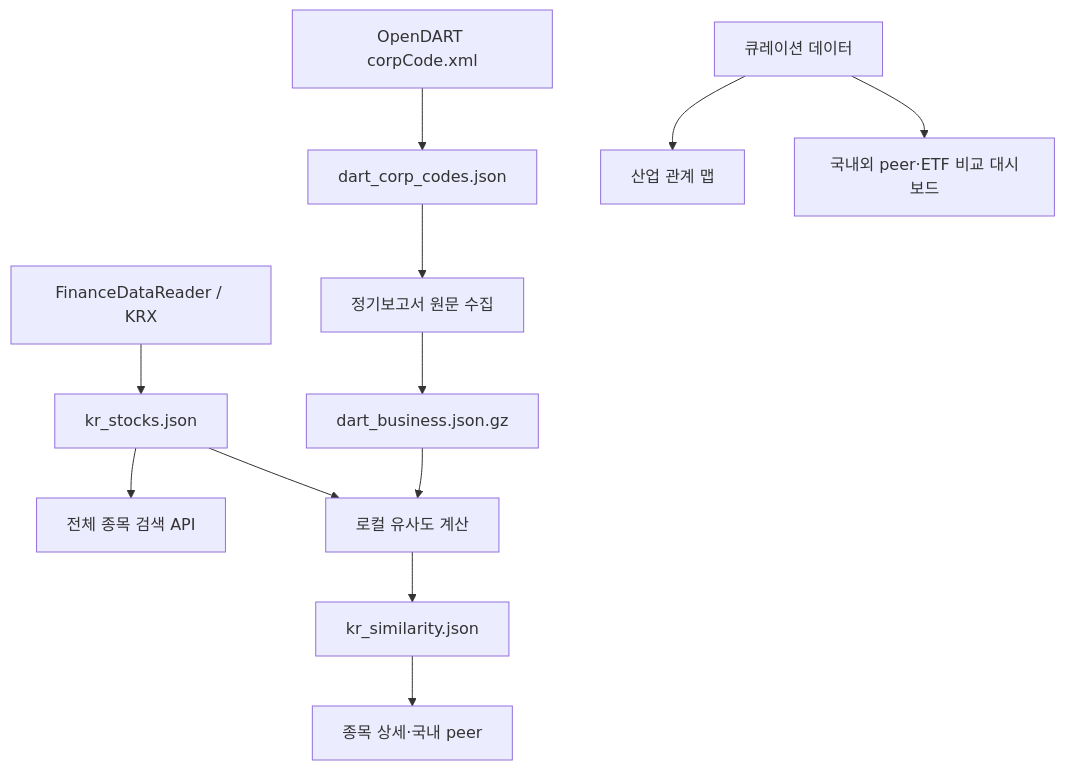
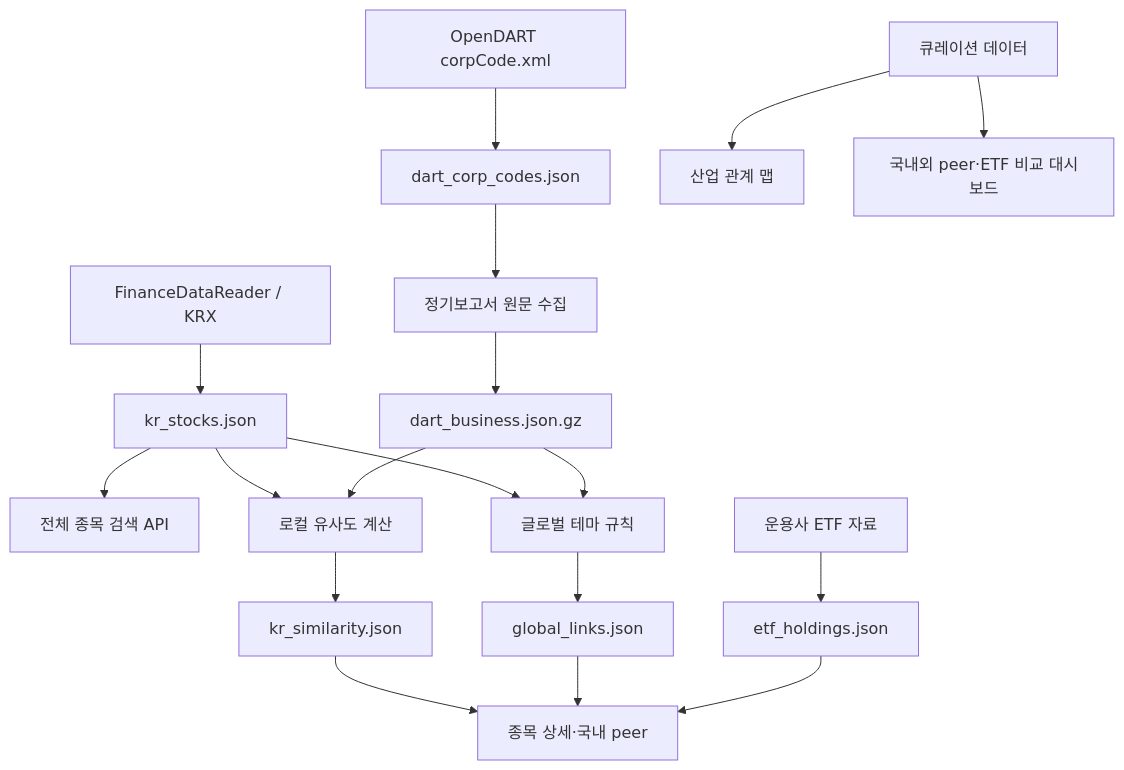
Before and after one commit to spark142857142857/BeforeBuy: the second of 2 diagrams in README.md, drawn with Mermaid. The commit also changed other lines of this file and 15 other files, not shown here.

Commit message:
feat: expand global peers and ETF holdings

````diff
--- a/README.md
+++ b/README.md
@@ -169,17 +198,24 @@
 ```mermaid
 flowchart TD
     KRX["FinanceDataReader / KRX"] --> MASTER["kr_stocks.json"]
     MASTER --> SEARCH["전체 종목 검색 API"]
     MASTER --> SCORE["로컬 유사도 계산"]
 
     DART_CODE["OpenDART corpCode.xml"] --> CORP["dart_corp_codes.json"]
     CORP --> DART_DOC["정기보고서 원문 수집"]
     DART_DOC --> BUSINESS["dart_business.json.gz"]
     BUSINESS --> SCORE
 
     SCORE --> SIMILAR["kr_similarity.json"]
     SIMILAR --> DETAIL["종목 상세·국내 peer"]
 
+    MASTER --> GLOBAL["글로벌 테마 규칙"]
+    BUSINESS --> GLOBAL
+    GLOBAL --> LINKS["global_links.json"]
+    LINKS --> DETAIL
+
     CURATED["큐레이션 데이터"] --> MAP["산업 관계 맵"]
     CURATED --> DASHBOARD["국내외 peer·ETF 비교 대시보드"]
+    ETF["운용사 ETF 자료"] --> HOLDINGS["etf_holdings.json"]
+    HOLDINGS --> DETAIL
 ```
````
